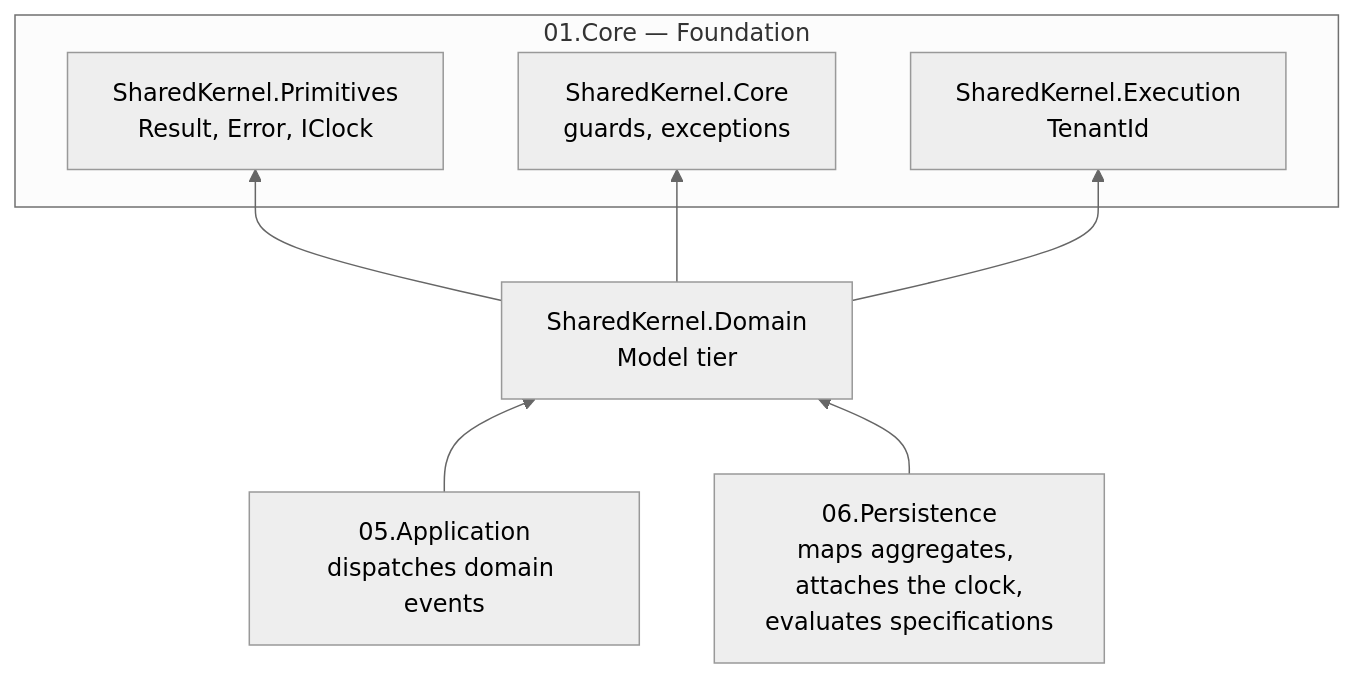
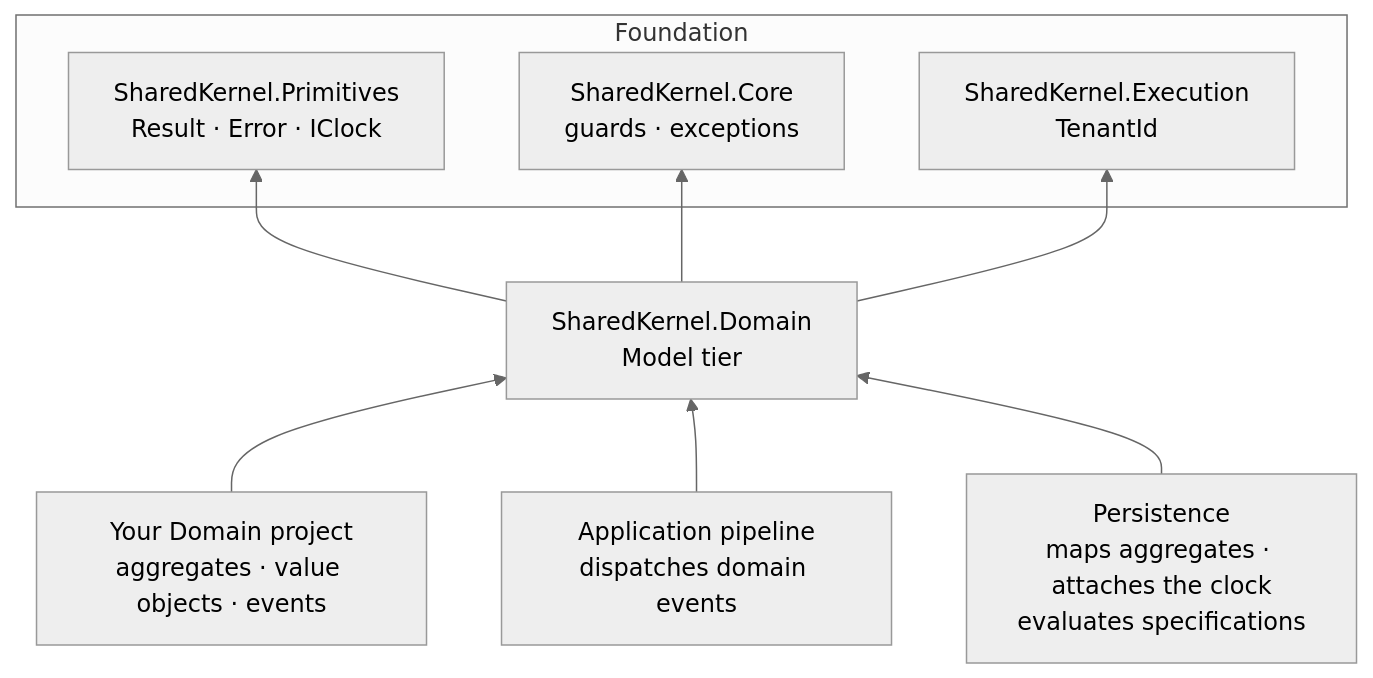
One commit to Gresta-Vertex-Labs/platform-shared-kernel changed the diagram in src/Model/Domain/README.md. Above: the diagram before and after it, drawn with Mermaid (neutral theme). The commit also changed other lines of this file and 228 other files, not shown here.

````diff
--- a/src/Model/Domain/README.md
+++ b/src/Model/Domain/README.md
@@ -46,16 +47,18 @@
 ```mermaid
 flowchart BT
-    subgraph core["01.Core — Foundation"]
-        Primitives["SharedKernel.Primitives<br/>Result, Error, IClock"]
-        Core["SharedKernel.Core<br/>guards, exceptions"]
+    subgraph Foundation["Foundation"]
+        Primitives["SharedKernel.Primitives<br/>Result · Error · IClock"]
+        Core["SharedKernel.Core<br/>guards · exceptions"]
         Execution["SharedKernel.Execution<br/>TenantId"]
     end
     Domain["SharedKernel.Domain<br/>Model tier"]
-    Application["05.Application<br/>dispatches domain events"]
-    Persistence["06.Persistence<br/>maps aggregates, attaches the clock,<br/>evaluates specifications"]
+    Service["Your Domain project<br/>aggregates · value objects · events"]
+    Application["Application pipeline<br/>dispatches domain events"]
+    Persistence["Persistence<br/>maps aggregates · attaches the clock<br/>evaluates specifications"]
     Domain --> Primitives
     Domain --> Core
     Domain --> Execution
+    Service --> Domain
     Application --> Domain
     Persistence --> Domain
 ```
````
